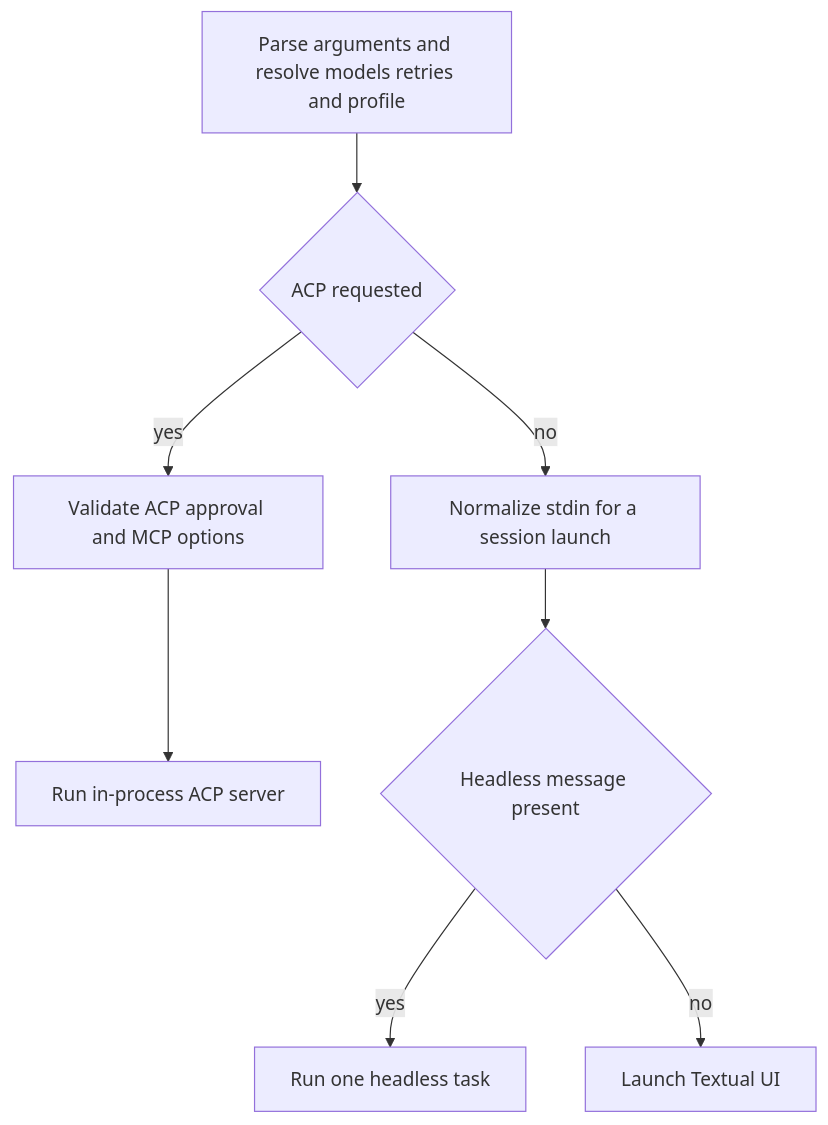
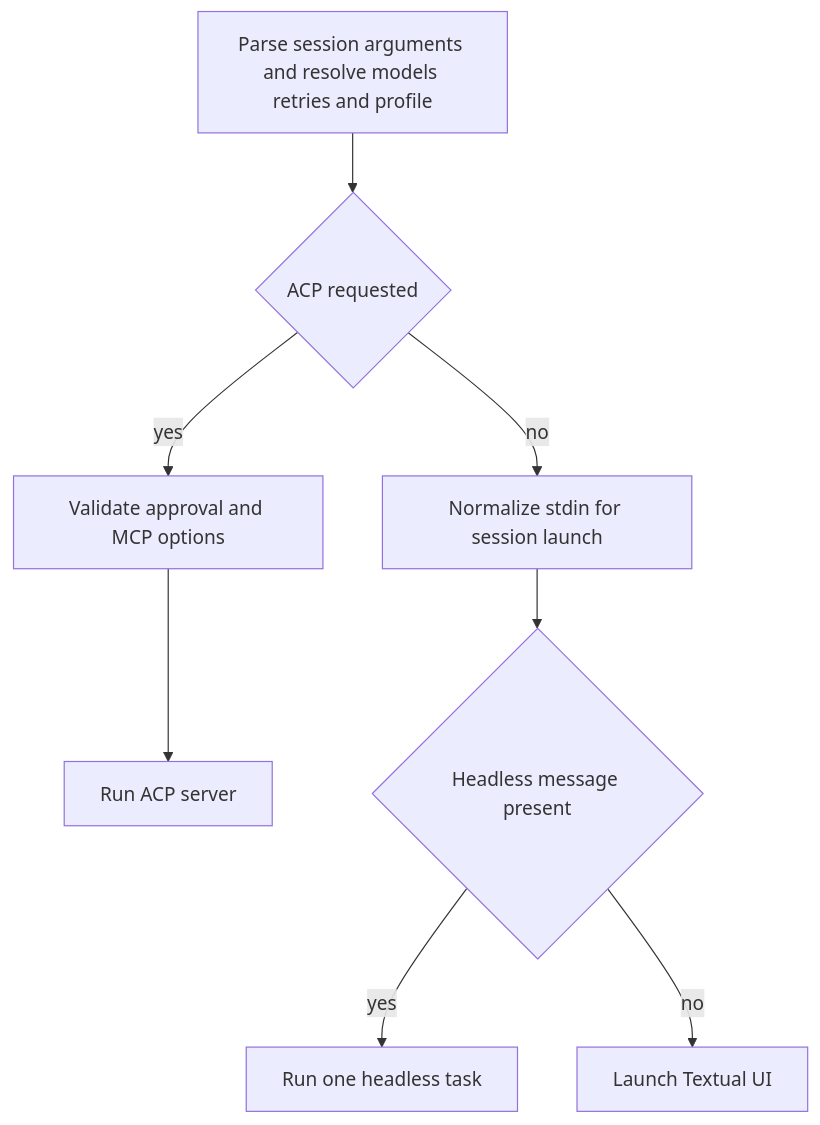
The first of 3 diagrams in openwiki/workflows/run-dcode-session.md (langchain-ai/deepagents), drawn with Mermaid before and after one commit. The commit also changed other lines of this file and 46 other files, not shown here.

````diff
--- a/openwiki/workflows/run-dcode-session.md
+++ b/openwiki/workflows/run-dcode-session.md
@@ -65,10 +69,10 @@
 ```mermaid
 flowchart TD
-    Args["Parse arguments and resolve models retries and profile"] --> ACPChoice{"ACP requested"}
-    ACPChoice -->|yes| ACPCheck["Validate ACP approval and MCP options"]
-    ACPCheck --> ACP["Run in-process ACP server"]
-    ACPChoice -->|no| Pipe["Normalize stdin for a session launch"]
-    Pipe --> HeadlessChoice{"Headless message present"}
-    HeadlessChoice -->|yes| Headless["Run one headless task"]
-    HeadlessChoice -->|no| TUI["Launch Textual UI"]
+    Parse["Parse session arguments and resolve models retries and profile"] --> ACPChoice{"ACP requested"}
+    ACPChoice -->|yes| ACPCheck["Validate approval and MCP options"]
+    ACPCheck --> ACPRun["Run ACP server"]
+    ACPChoice -->|no| Normalize["Normalize stdin for session launch"]
+    Normalize --> HeadlessChoice{"Headless message present"}
+    HeadlessChoice -->|yes| HeadlessRun["Run one headless task"]
+    HeadlessChoice -->|no| TUIRun["Launch Textual UI"]
 ```
````
